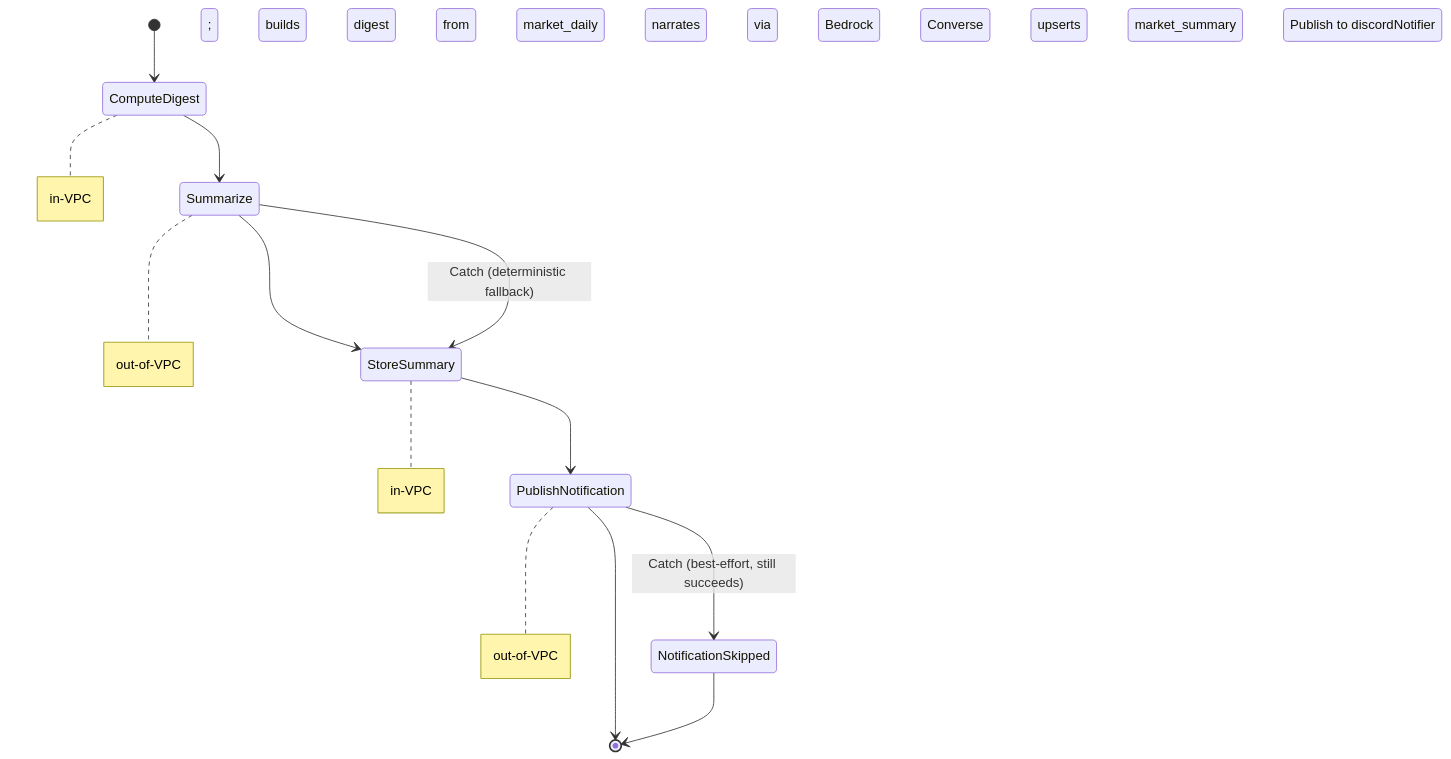
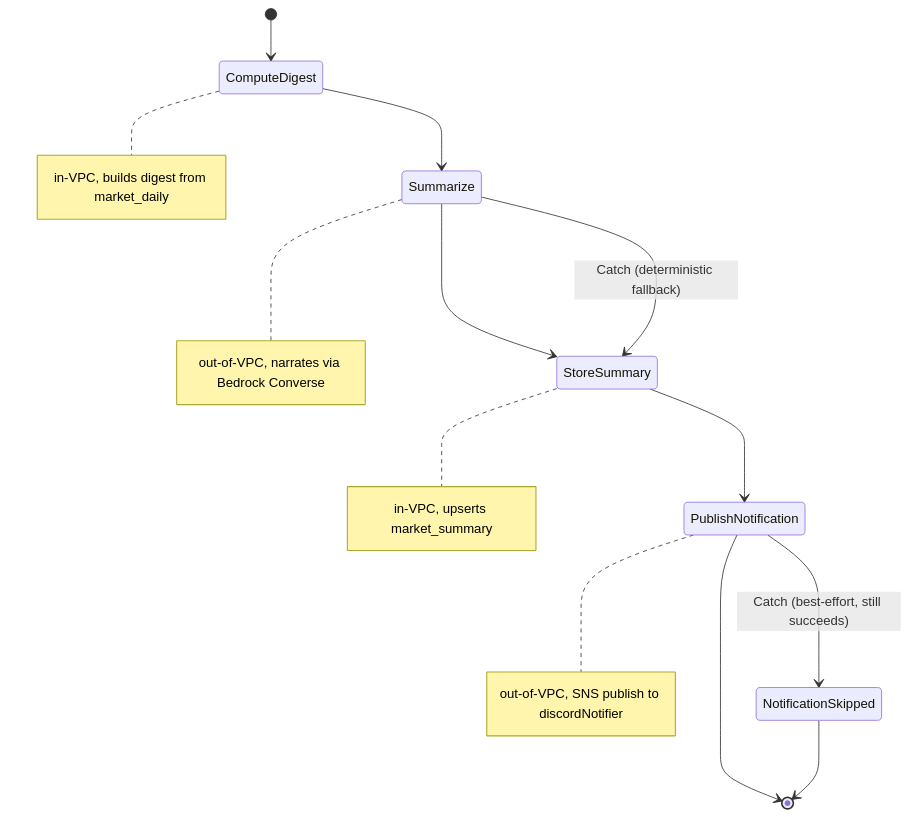
One commit to RyanYCT/bdo-market-insights changed the third of 3 diagrams in docs/architecture.md. Above: the diagram before and after it, drawn with Mermaid.

Commit message:
docs: fix insights stateDiagram notes (semicolon was splitting note text into stray states)

````diff
--- a/docs/architecture.md
+++ b/docs/architecture.md
@@ -96,16 +96,16 @@
 ```mermaid
 stateDiagram-v2
     [*] --> ComputeDigest
     ComputeDigest --> Summarize
     Summarize --> StoreSummary
     Summarize --> StoreSummary : Catch (deterministic fallback)
     StoreSummary --> PublishNotification
     PublishNotification --> [*]
     PublishNotification --> NotificationSkipped : Catch (best-effort, still succeeds)
     NotificationSkipped --> [*]
 
-    note right of ComputeDigest : in-VPC; builds digest from market_daily
-    note right of Summarize : out-of-VPC; narrates via Bedrock Converse
-    note right of StoreSummary : in-VPC; upserts market_summary
-    note right of PublishNotification : out-of-VPC; SNS:Publish to discordNotifier
+    note right of ComputeDigest : in-VPC, builds digest from market_daily
+    note right of Summarize : out-of-VPC, narrates via Bedrock Converse
+    note right of StoreSummary : in-VPC, upserts market_summary
+    note right of PublishNotification : out-of-VPC, SNS publish to discordNotifier
 ```
````
